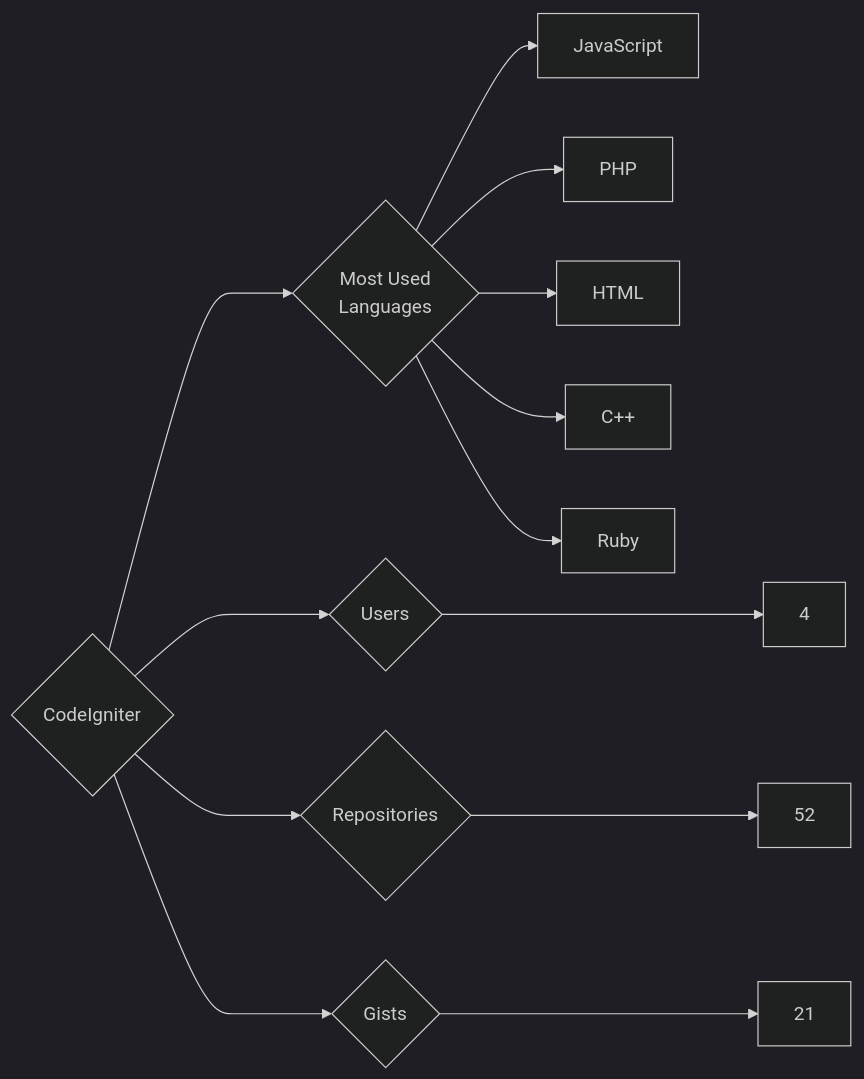
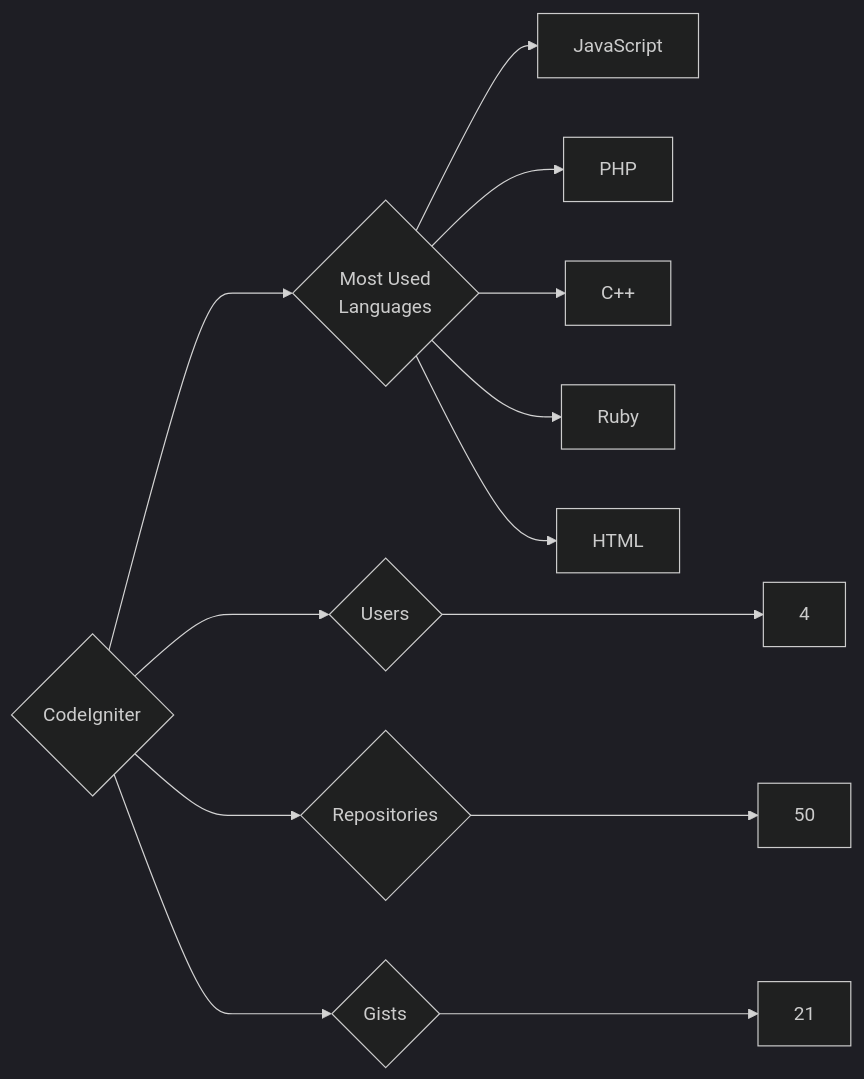
Before and after one commit to trickest/insiders: the diagram in targets/CodeIgniter/README.md, drawn with Mermaid (dark theme). The commit also changed 718 other files, not shown here.

````diff
--- a/targets/CodeIgniter/README.md
+++ b/targets/CodeIgniter/README.md
@@ -3,13 +3,13 @@
 ```mermaid
 graph LR
 COMPANY_NAME{CodeIgniter}
 COMPANY_NAME ---> U{Users} ---> UN[4]
-COMPANY_NAME ---> R{Repositories} ---> RN[52]
+COMPANY_NAME ---> R{Repositories} ---> RN[50]
 COMPANY_NAME ---> G{Gists} ---> GN[21]
 COMPANY_NAME ---> ML{Most Used<br>Languages}
 ML --> JavaScript[JavaScript]
 ML --> PHP[PHP]
-ML --> HTML[HTML]
 ML --> C++[C++]
 ML --> Ruby[Ruby]
+ML --> HTML[HTML]
 ```
````
